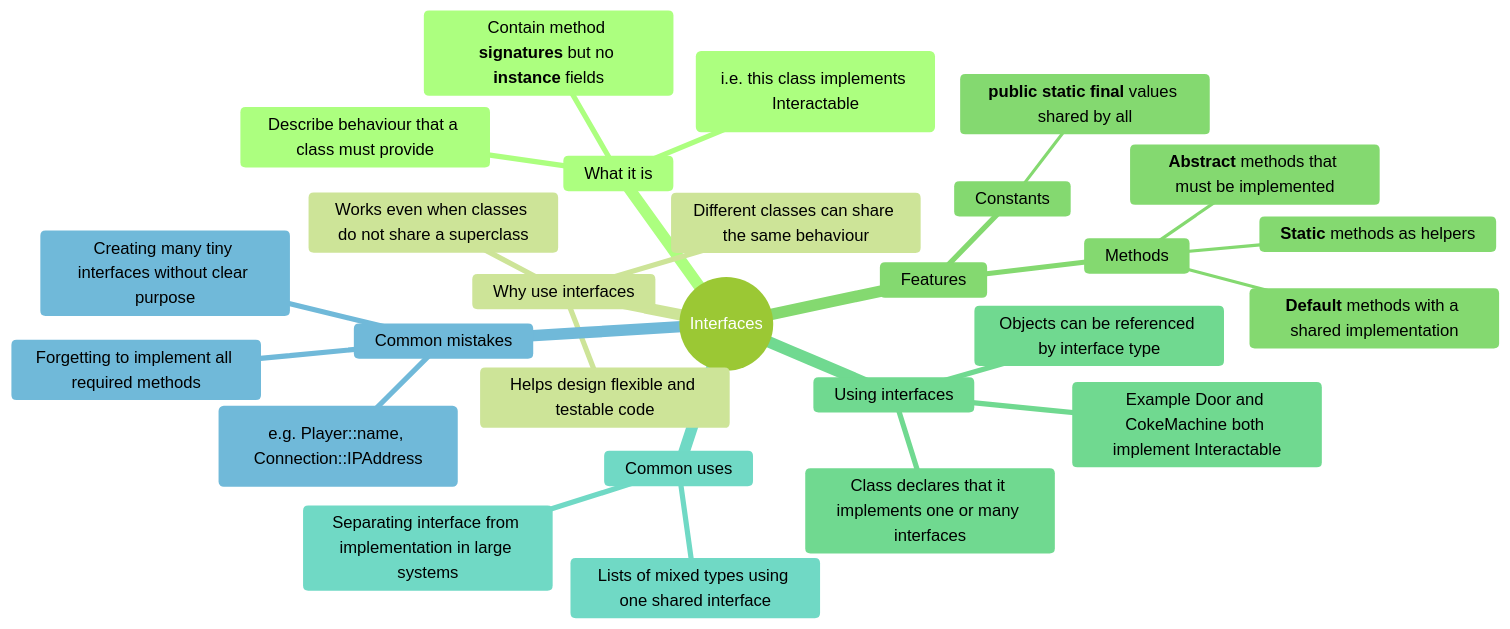
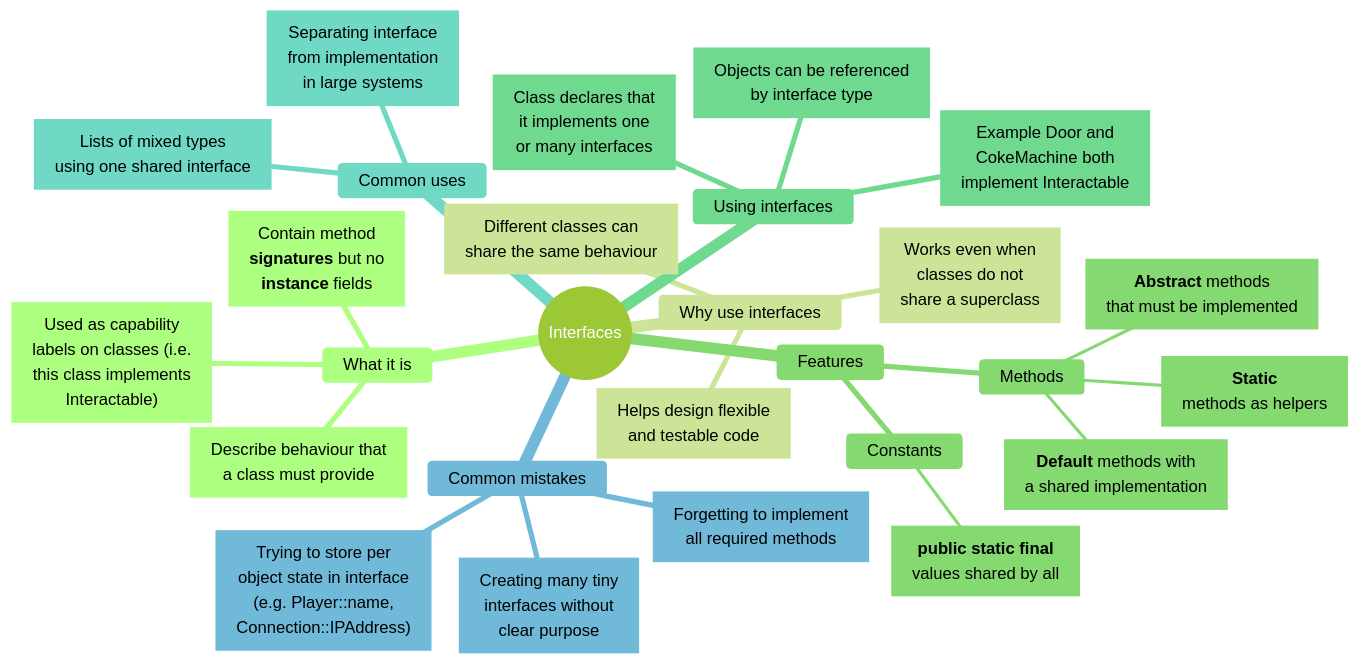
One commit to nmcguinness/L8-OOP-Module-Content changed the tenth of 10 diagrams in notes/shared/mind maps/revision_t00_t09.md. Above: the diagram before and after it, drawn with Mermaid. The commit also changed other lines of this file and 421 other files, not shown here.

Commit message:
Updated mermaid diagrams and note layout for topics 9-24.

````diff
--- a/notes/shared/mind maps/revision_t00_t09.md
+++ b/notes/shared/mind maps/revision_t00_t09.md
@@ -1244,40 +1527,68 @@
 ```mermaid
 ---
 title: "Interfaces"
 accDescr: "Mind map of Interfaces. Branches: What it is; Why use interfaces; Features; Using interfaces; Common uses; Common mistakes."
 ---
-%%{init: { "theme": "forest" }}%%
+%%{init: { "theme": "forest", "markdownAutoWrap": false, "mindmap": { "maxNodeWidth": 300 } }}%%
 mindmap
   root((Interfaces))
     What it is
-      Describe behaviour that a class must provide
-      Contain method **signatures** but no **instance** fields
-      Used as capability labels on classes (i.e. this class implements Interactable)
+      n1["`Describe behaviour that
+      a class must provide`"]
+      n2["`Contain method
+      **signatures** but no
+      **instance** fields`"]
+      n3["`Used as capability
+      labels on classes (i.e.
+      this class implements
+      Interactable)`"]
 
     Why use interfaces
-      Different classes can share the same behaviour
-      Works even when classes do not share a superclass
-      Helps design flexible and testable code
+      n4["`Different classes can
+      share the same behaviour`"]
+      n5["`Works even when
+      classes do not
+      share a superclass`"]
+      n6["`Helps design flexible
+      and testable code`"]
 
     Features
       Methods
-        **Abstract** methods that must be implemented
-        **Default** methods with a shared implementation
-        **Static** methods as helpers
+        n7["`**Abstract** methods
+        that must be implemented`"]
+        n8["`**Default** methods with
+        a shared implementation`"]
+        n9["`**Static**
+        methods as helpers`"]
       Constants
-        **public static final** values shared by all
+        n10["`**public static final**
+        values shared by all`"]
 
     Using interfaces
-      Class declares that it implements one or many interfaces
-      Objects can be referenced by interface type
-      Example Door and CokeMachine both implement Interactable
+      n11["`Class declares that
+      it implements one
+      or many interfaces`"]
+      n12["`Objects can be referenced
+      by interface type`"]
+      n13["`Example Door and
+      CokeMachine both
+      implement Interactable`"]
 
     Common uses
-      Lists of mixed types using one shared interface
-      Separating interface from implementation in large systems
+      n14["`Lists of mixed types
+      using one shared interface`"]
+      n15["`Separating interface
+      from implementation
+      in large systems`"]
 
     Common mistakes
-      Trying to store per object state in interface (e.g. Player::name, Connection::IPAddress)
-      Creating many tiny interfaces without clear purpose
-      Forgetting to implement all required methods
+      n16["`Trying to store per
+      object state in interface
+      (e.g. Player::name,
+      Connection::IPAddress)`"]
+      n17["`Creating many tiny
+      interfaces without
+      clear purpose`"]
+      n18["`Forgetting to implement
+      all required methods`"]
 ```
````
